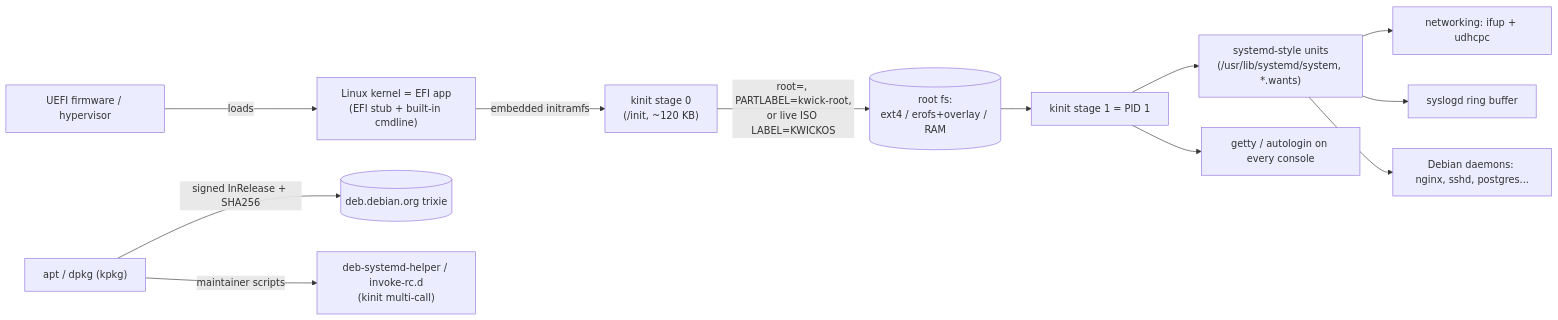
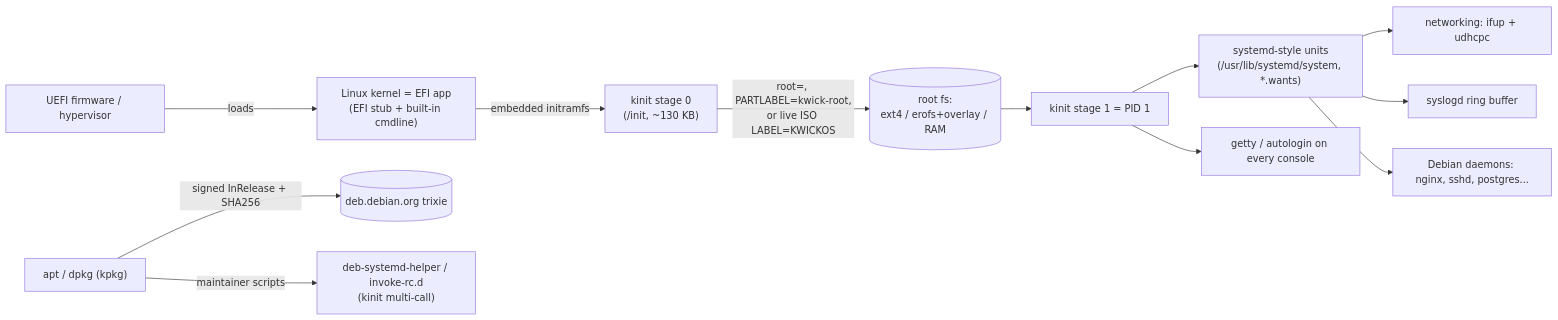
The diagram in docs/ARCHITECTURE.md (metaspartan/kwickos), drawn with Mermaid before and after one commit. The commit also changed other lines of this file and 16 other files, not shown here.

````diff
--- a/docs/ARCHITECTURE.md
+++ b/docs/ARCHITECTURE.md
@@ -15,14 +15,14 @@
 ```mermaid
 flowchart LR
   FW[UEFI firmware / hypervisor] -->|loads| K["Linux kernel = EFI app\n(EFI stub + built-in cmdline)"]
-  K -->|embedded initramfs| S0["kinit stage 0\n(/init, ~120 KB)"]
+  K -->|embedded initramfs| S0["kinit stage 0\n(/init, ~130 KB)"]
   S0 -->|root=, PARTLABEL=kwick-root,\nor live ISO LABEL=KWICKOS| R[(root fs:\next4 / erofs+overlay / RAM)]
   R --> S1["kinit stage 1 = PID 1"]
   S1 --> U["systemd-style units\n(/usr/lib/systemd/system, *.wants)"]
   S1 --> G[getty / autologin on every console]
   U --> N[networking: ifup + udhcpc]
   U --> L[syslogd ring buffer]
   U --> D[Debian daemons: nginx, sshd, postgres...]
   A["apt / dpkg (kpkg)"] -->|signed InRelease + SHA256| DEB[(deb.debian.org trixie)]
   A -->|maintainer scripts| H["deb-systemd-helper / invoke-rc.d\n(kinit multi-call)"]
 ```
````
